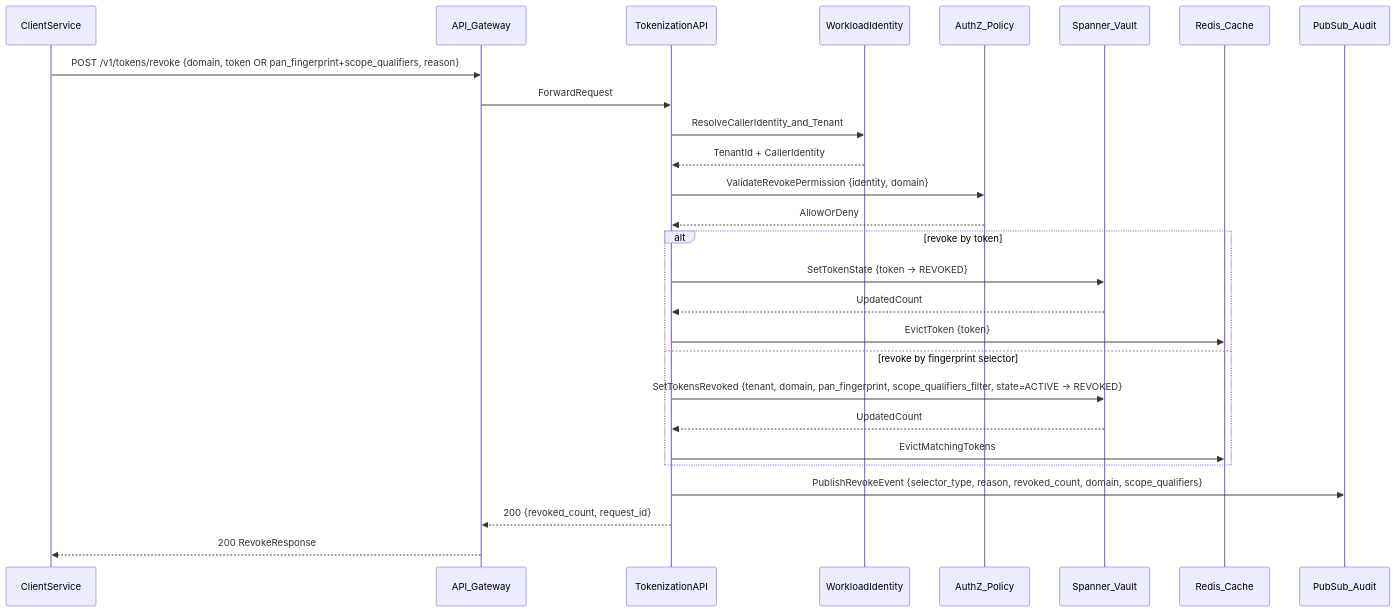
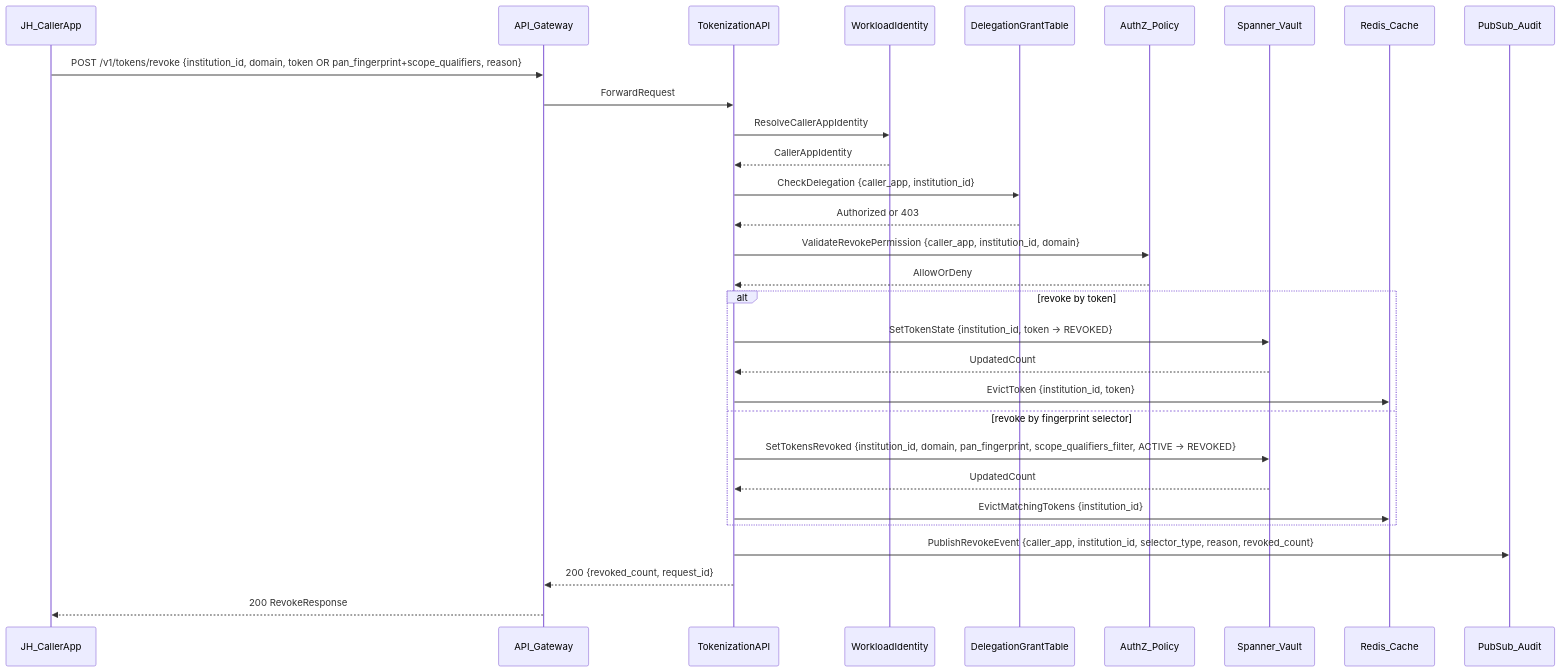
The fourth of 4 diagrams in docs/architecture-diagrams.md (MonkeyWrenchGang/vigilant-invention), drawn with Mermaid before and after one commit. The commit also changed other lines of this file and 8 other files, not shown here.

````diff
--- a/docs/architecture-diagrams.md
+++ b/docs/architecture-diagrams.md
@@ -183,32 +205,35 @@
 ```mermaid
 sequenceDiagram
-  participant Client as ClientService
+  participant Client as JH_CallerApp
   participant Gateway as API_Gateway
   participant API as TokenizationAPI
   participant WI as WorkloadIdentity
+  participant Grant as DelegationGrantTable
   participant Policy as AuthZ_Policy
   participant Spanner as Spanner_Vault
   participant Redis as Redis_Cache
   participant Audit as PubSub_Audit
 
-  Client->>Gateway: POST /v1/tokens/revoke {domain, token OR pan_fingerprint+scope_qualifiers, reason}
+  Client->>Gateway: POST /v1/tokens/revoke {institution_id, domain, token OR pan_fingerprint+scope_qualifiers, reason}
   Gateway->>API: ForwardRequest
-  API->>WI: ResolveCallerIdentity_and_Tenant
-  WI-->>API: TenantId + CallerIdentity
-  API->>Policy: ValidateRevokePermission {identity, domain}
+  API->>WI: ResolveCallerAppIdentity
+  WI-->>API: CallerAppIdentity
+  API->>Grant: CheckDelegation {caller_app, institution_id}
+  Grant-->>API: Authorized or 403
+  API->>Policy: ValidateRevokePermission {caller_app, institution_id, domain}
   Policy-->>API: AllowOrDeny
 
   alt revoke by token
-    API->>Spanner: SetTokenState {token → REVOKED}
+    API->>Spanner: SetTokenState {institution_id, token → REVOKED}
     Spanner-->>API: UpdatedCount
-    API->>Redis: EvictToken {token}
+    API->>Redis: EvictToken {institution_id, token}
   else revoke by fingerprint selector
-    API->>Spanner: SetTokensRevoked {tenant, domain, pan_fingerprint, scope_qualifiers_filter, state=ACTIVE → REVOKED}
+    API->>Spanner: SetTokensRevoked {institution_id, domain, pan_fingerprint, scope_qualifiers_filter, ACTIVE → REVOKED}
     Spanner-->>API: UpdatedCount
-    API->>Redis: EvictMatchingTokens
+    API->>Redis: EvictMatchingTokens {institution_id}
   end
 
-  API->>Audit: PublishRevokeEvent {selector_type, reason, revoked_count, domain, scope_qualifiers}
+  API->>Audit: PublishRevokeEvent {caller_app, institution_id, selector_type, reason, revoked_count}
   API-->>Gateway: 200 {revoked_count, request_id}
   Gateway-->>Client: 200 RevokeResponse
 ```
````
